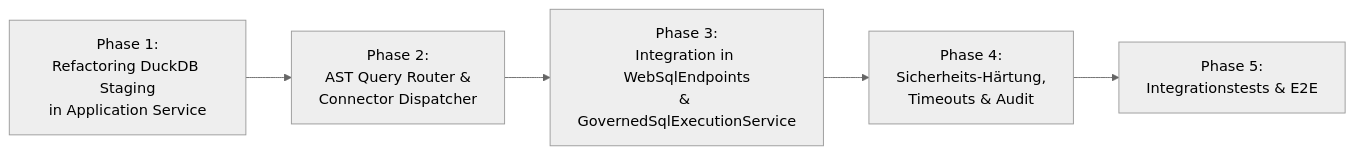
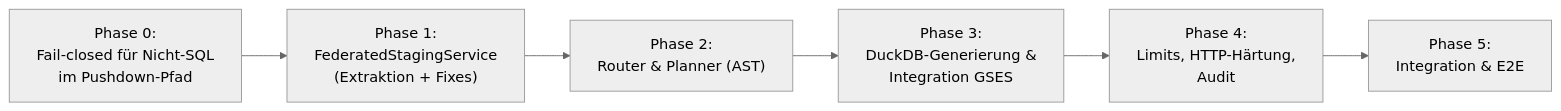
Before and after one commit to themulle/autheris: the second of 2 diagrams in docs/plans/plan-websql-heterogene-api-federation-join.md, drawn with Mermaid (neutral theme). The commit also changed other lines of this file and 9 other files, not shown here.

````diff
--- a/docs/plans/plan-websql-heterogene-api-federation-join.md
+++ b/docs/plans/plan-websql-heterogene-api-federation-join.md
@@ -159,7 +200,8 @@
 ```mermaid
 flowchart LR
-    P1["Phase 1:<br/>Refactoring DuckDB Staging<br/>in Application Service"] --> P2["Phase 2:<br/>AST Query Router &<br/>Connector Dispatcher"]
-    P2 --> P3["Phase 3:<br/>Integration in WebSqlEndpoints<br/>& GovernedSqlExecutionService"]
-    P3 --> P4["Phase 4:<br/>Sicherheits-Härtung,<br/>Timeouts & Audit"]
-    P4 --> P5["Phase 5:<br/>Integrationstests & E2E"]
+    P0["Phase 0:<br/>Fail-closed für Nicht-SQL<br/>im Pushdown-Pfad"] --> P1["Phase 1:<br/>FederatedStagingService<br/>(Extraktion + Fixes)"]
+    P1 --> P2["Phase 2:<br/>Router & Planner (AST)"]
+    P2 --> P3["Phase 3:<br/>DuckDB-Generierung &<br/>Integration GSES"]
+    P3 --> P4["Phase 4:<br/>Limits, HTTP-Härtung,<br/>Audit"]
+    P4 --> P5["Phase 5:<br/>Integration & E2E"]
 ```
````
